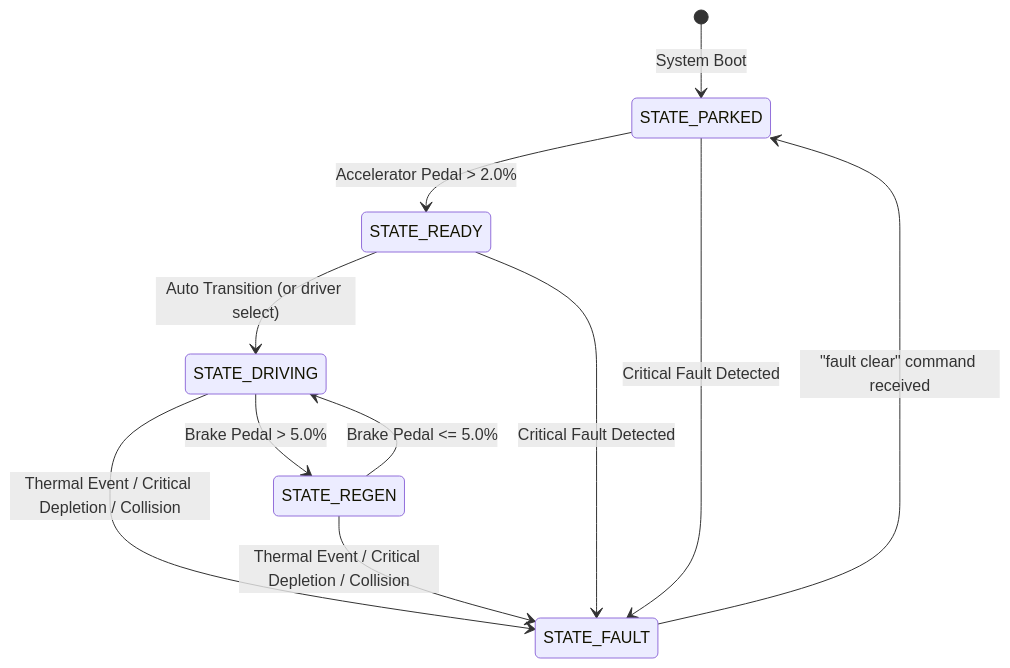
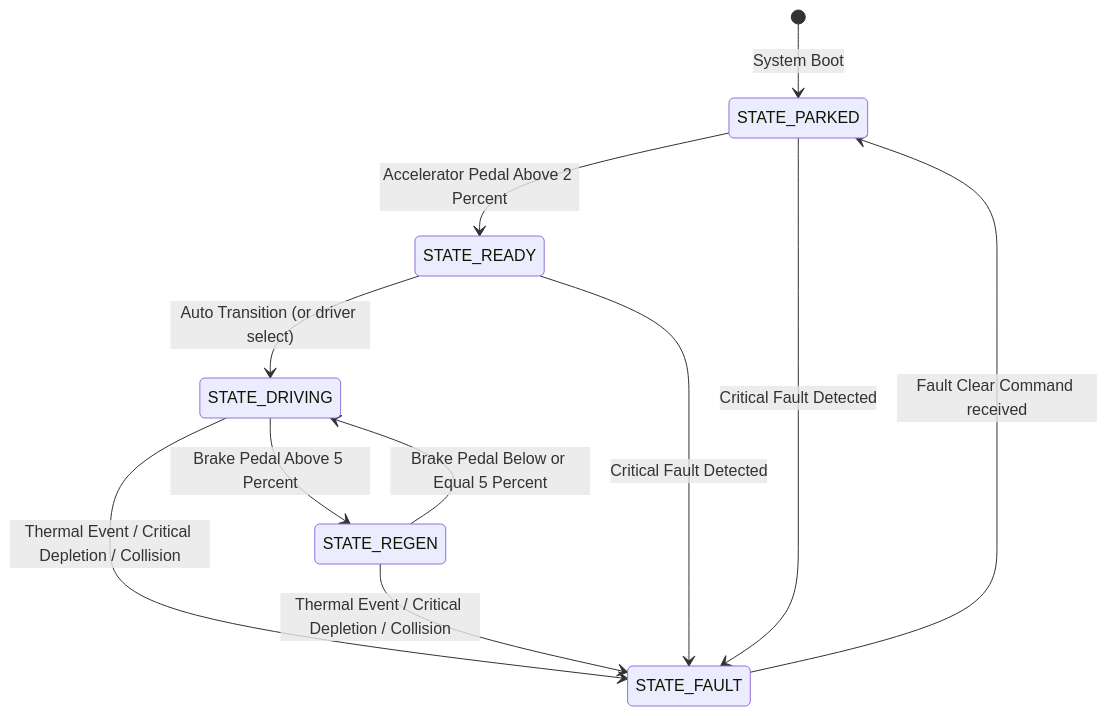
One commit to ahana4banerjee/ev_adas_dashboard changed the fifth of 5 diagrams in README.md. Above: the diagram before and after it, drawn with Mermaid. The commit also changed other lines of this file, not shown here.

Commit message:
docs: clean up README formatting, remove license badge, and standardize mermaid diagram syntax

````diff
--- a/README.md
+++ b/README.md
@@ -392,17 +391,17 @@
 ```mermaid
 stateDiagram-v2
     [*] --> STATE_PARKED : System Boot
 
-    STATE_PARKED --> STATE_READY : Accelerator Pedal > 2.0%
+    STATE_PARKED --> STATE_READY : Accelerator Pedal Above 2 Percent
     STATE_READY --> STATE_DRIVING : Auto Transition (or driver select)
 
-    STATE_DRIVING --> STATE_REGEN : Brake Pedal > 5.0%
-    STATE_REGEN --> STATE_DRIVING : Brake Pedal <= 5.0%
+    STATE_DRIVING --> STATE_REGEN : Brake Pedal Above 5 Percent
+    STATE_REGEN --> STATE_DRIVING : Brake Pedal Below or Equal 5 Percent
 
     STATE_DRIVING --> STATE_FAULT : Thermal Event / Critical Depletion / Collision
     STATE_REGEN --> STATE_FAULT : Thermal Event / Critical Depletion / Collision
     STATE_READY --> STATE_FAULT : Critical Fault Detected
     STATE_PARKED --> STATE_FAULT : Critical Fault Detected
 
-    STATE_FAULT --> STATE_PARKED : "fault clear" command received
+    STATE_FAULT --> STATE_PARKED : Fault Clear Command received
 ```
````
